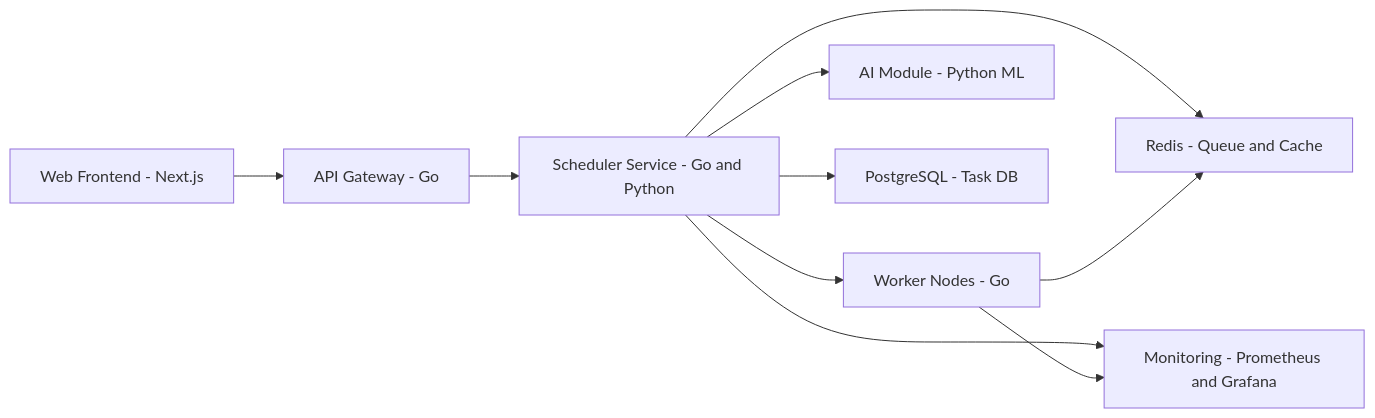
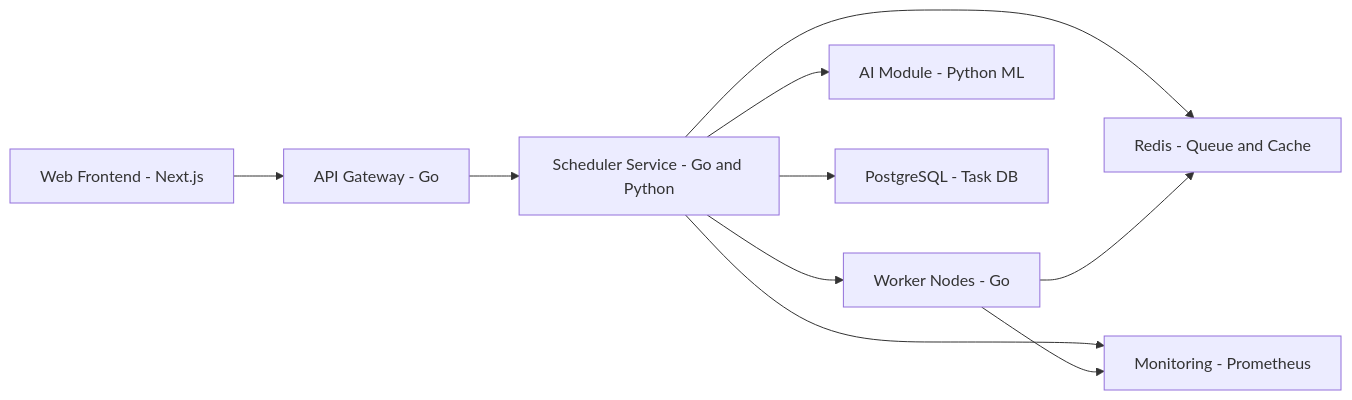
The diagram in README.md (JamesDante/iDTask), drawn with Mermaid before and after one commit.

````diff
--- a/README.md
+++ b/README.md
@@ -16,12 +16,12 @@
 ```mermaid
 graph LR
   A[Web Frontend - Next.js] --> B[API Gateway - Go]
   B --> C[Scheduler Service - Go and Python]
   C --> D[Worker Nodes - Go]
   C --> E[AI Module - Python ML]
   C --> F[PostgreSQL - Task DB]
   C --> G[Redis - Queue and Cache]
   D --> G
-  C --> H[Monitoring - Prometheus and Grafana]
+  C --> H[Monitoring - Prometheus]
   D --> H
 ```
````
